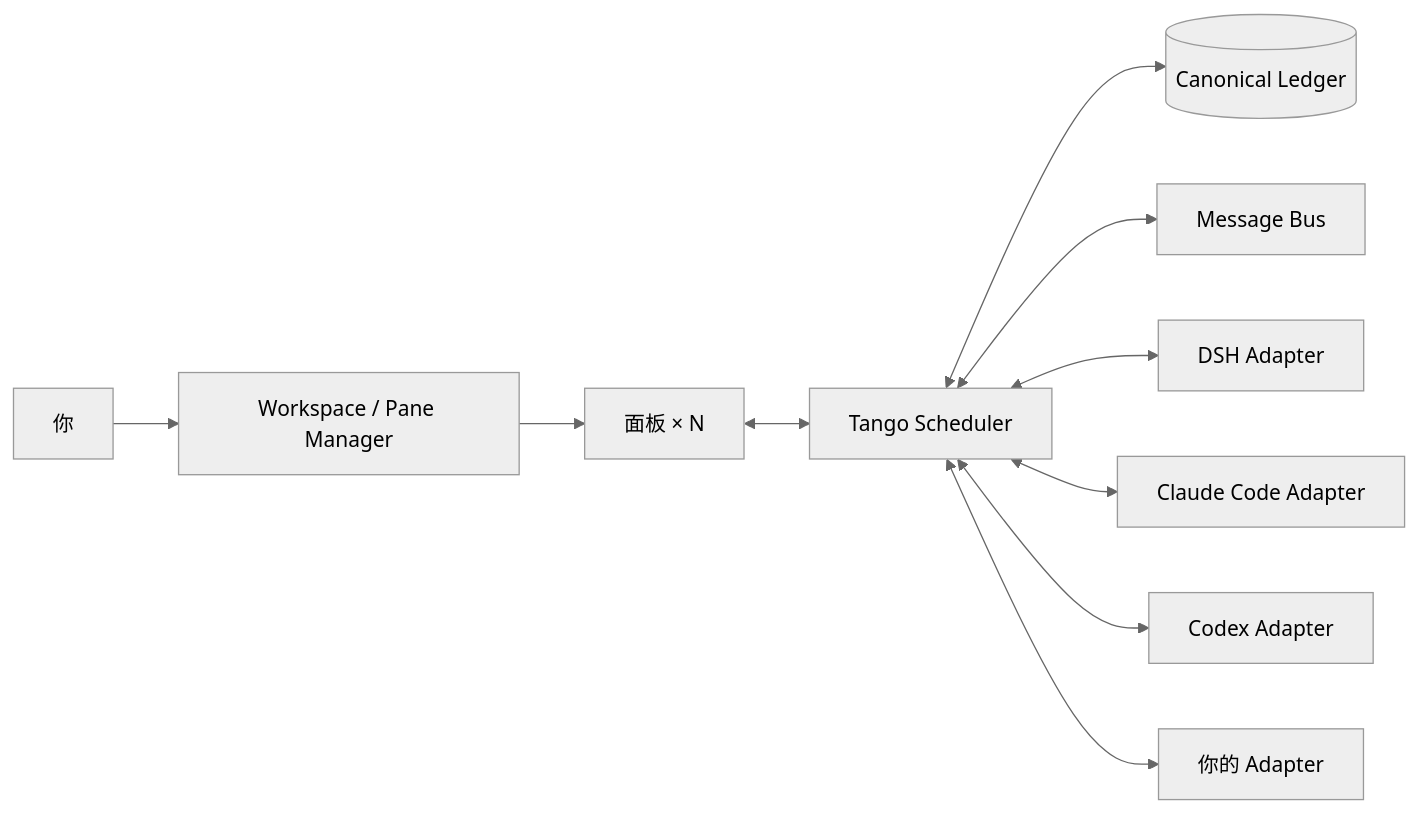
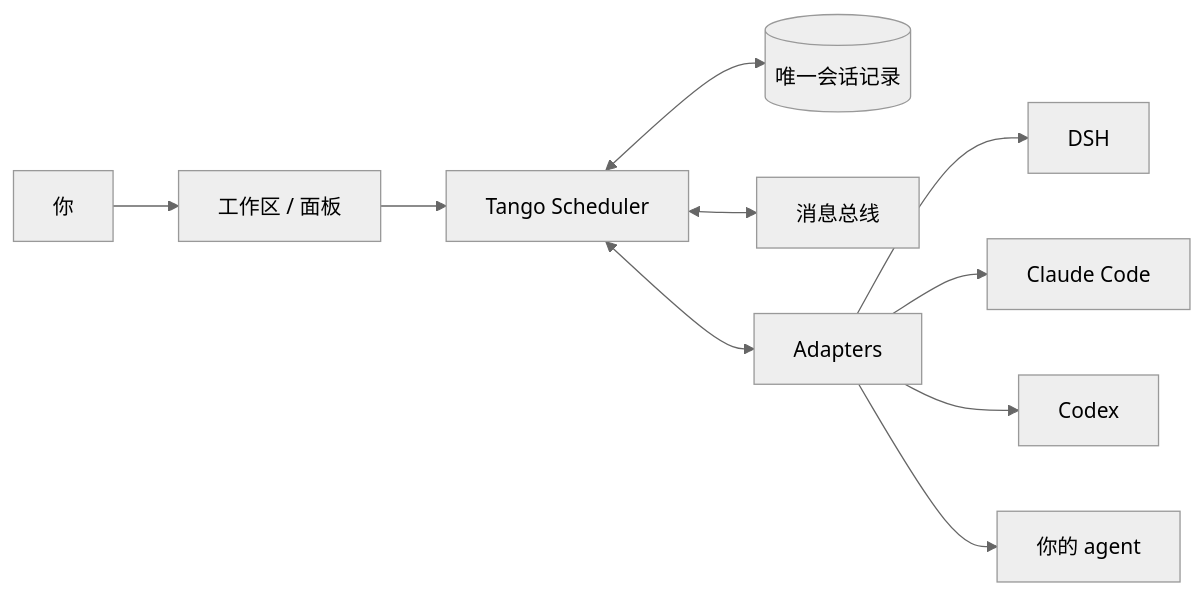
One commit to lllle1yh/Tango changed the diagram in README.md. Above: the diagram before and after it, drawn with Mermaid (neutral theme). The commit also changed other lines of this file, not shown here.

````diff
--- a/README.md
+++ b/README.md
@@ -188,12 +108,12 @@
 ```mermaid
 flowchart LR
-    U[你] --> W[Workspace / Pane Manager]
-    W --> P[面板 × N]
-    P <--> S[Tango Scheduler]
-    S <--> DB[(Canonical Ledger)]
-    S <--> MB[Message Bus]
-    S <--> A1[DSH Adapter]
-    S <--> A2[Claude Code Adapter]
-    S <--> A3[Codex Adapter]
-    S <--> A4[你的 Adapter]
+    U[你] --> W[工作区 / 面板]
+    W --> S[Tango Scheduler]
+    S <--> L[(唯一会话记录)]
+    S <--> B[消息总线]
+    S <--> A[Adapters]
+    A --> D[DSH]
+    A --> C[Claude Code]
+    A --> X[Codex]
+    A --> Y[你的 agent]
 ```
````
